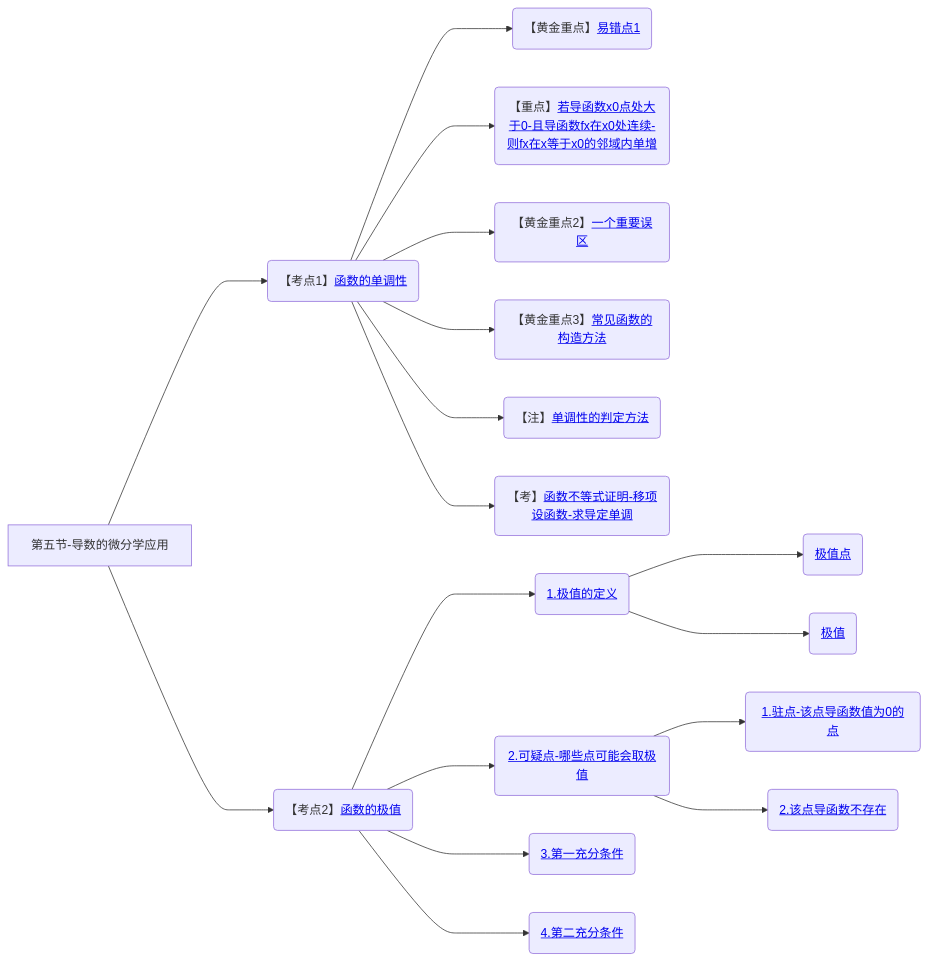
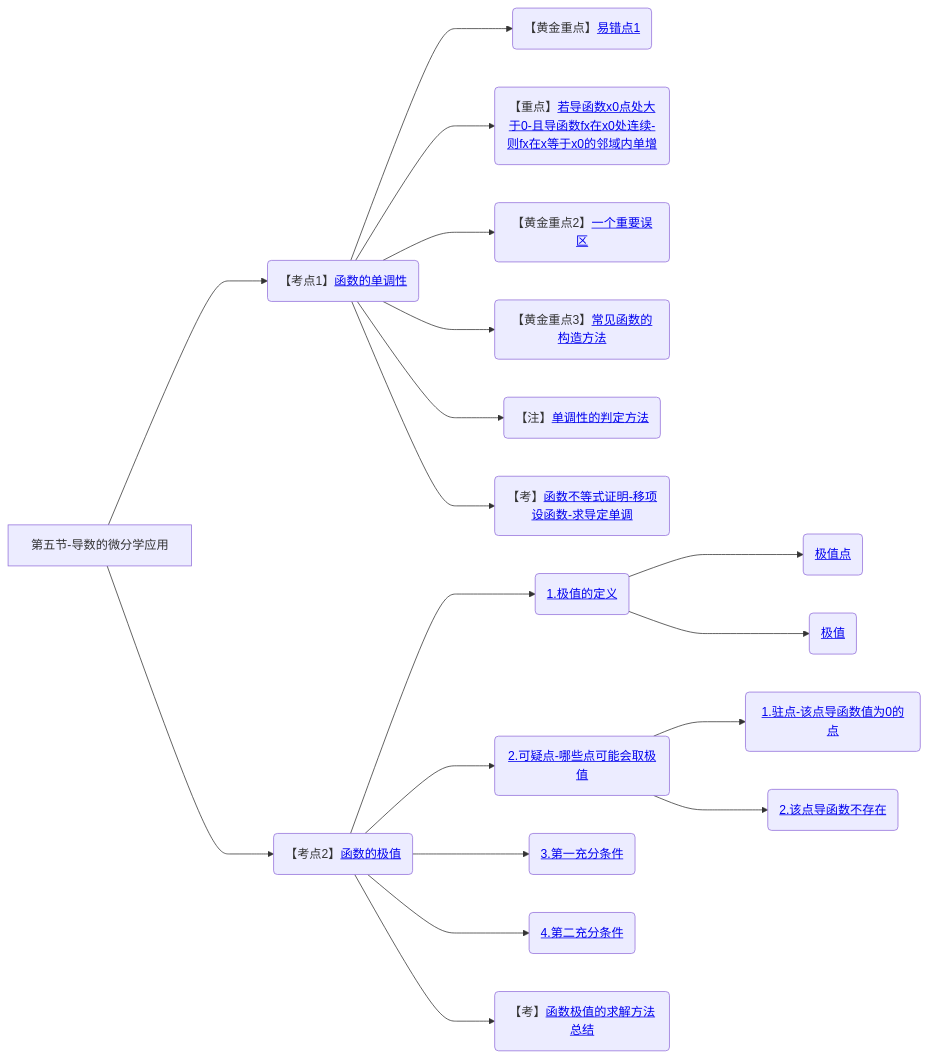
Before and after one commit to yuebinghui/note: diagram 15 of 15 in 笔记/数学/周洋鑫/01.基础班思维导图.md, drawn with Mermaid. The commit also changed 4 other files, not shown here.

````diff
--- a/笔记/数学/周洋鑫/01.基础班思维导图.md
+++ b/笔记/数学/周洋鑫/01.基础班思维导图.md
@@ -530,22 +530,23 @@
 ```mermaid
 graph LR
 第五节-导数的微分学应用
 
 第五节-导数的微分学应用--->函数的单调性(【考点1】<a href="/Users/yuebinghui/Documents/program/github/note/笔记/数学/周洋鑫/基础班/15.导数的微分学应用_1.md#函数的单调性">函数的单调性</>)
 函数的单调性--->易错点1(【黄金重点】<a href="/Users/yuebinghui/Documents/program/github/note/笔记/数学/周洋鑫/基础班/15.导数的微分学应用_1.md#易错点1">易错点1</>)
 函数的单调性--->若导函数x0点处大于0-且导函数fx在x0处连续-则fx在x等于x0的邻域内单增(【重点】<a href="/Users/yuebinghui/Documents/program/github/note/笔记/数学/周洋鑫/基础班/15.导数的微分学应用_1.md#若导函数x0点处大于0-且导函数fx在x0处连续-则fx在x等于x0的邻域内单增">若导函数x0点处大于0-且导函数fx在x0处连续-则fx在x等于x0的邻域内单增</>)
 函数的单调性--->一个重要误区(【黄金重点2】<a href="/Users/yuebinghui/Documents/program/github/note/笔记/数学/周洋鑫/基础班/15.导数的微分学应用_1.md#一个重要误区">一个重要误区</>)
 函数的单调性--->常见函数的构造方法(【黄金重点3】<a href="/Users/yuebinghui/Documents/program/github/note/笔记/数学/周洋鑫/基础班/15.导数的微分学应用_1.md#常见函数的构造方法">常见函数的构造方法</>)
 函数的单调性--->单调性的判定方法(【注】<a href="/Users/yuebinghui/Documents/program/github/note/笔记/数学/周洋鑫/基础班/15.导数的微分学应用_1.md#单调性的判定方法">单调性的判定方法</>)
 函数的单调性--->函数不等式证明-移项设函数-求导定单调(【考】<a href="/Users/yuebinghui/Documents/program/github/note/笔记/数学/周洋鑫/基础班/15.导数的微分学应用_1.md#函数不等式证明-移项设函数-求导定单调">函数不等式证明-移项设函数-求导定单调</>)
 
 第五节-导数的微分学应用--->函数的极值(【考点2】<a href="/Users/yuebinghui/Documents/program/github/note/笔记/数学/周洋鑫/基础班/16.导数的微分学应用_2.md#函数的极值">函数的极值</>)
 函数的极值--->1.极值的定义(<a href="/Users/yuebinghui/Documents/program/github/note/笔记/数学/周洋鑫/基础班/16.导数的微分学应用_2.md#1.极值的定义">1.极值的定义</>)
 1.极值的定义--->极值点(<a href="/Users/yuebinghui/Documents/program/github/note/笔记/数学/周洋鑫/基础班/16.导数的微分学应用_2.md#极值点">极值点</>)
 1.极值的定义--->极值(<a href="/Users/yuebinghui/Documents/program/github/note/笔记/数学/周洋鑫/基础班/16.导数的微分学应用_2.md#极值">极值</>)
 函数的极值--->2.可疑点-哪些点可能会取极值(<a href="/Users/yuebinghui/Documents/program/github/note/笔记/数学/周洋鑫/基础班/16.导数的微分学应用_2.md#2.可疑点-哪些点可能会取极值">2.可疑点-哪些点可能会取极值</>)
 2.可疑点-哪些点可能会取极值--->1.驻点-该点导函数值为0的点(<a href="/Users/yuebinghui/Documents/program/github/note/笔记/数学/周洋鑫/基础班/16.导数的微分学应用_2.md#1.驻点-该点导函数值为0的点">1.驻点-该点导函数值为0的点</>)
 2.可疑点-哪些点可能会取极值--->2.该点导函数不存在(<a href="/Users/yuebinghui/Documents/program/github/note/笔记/数学/周洋鑫/基础班/16.导数的微分学应用_2.md#2.该点导函数不存在">2.该点导函数不存在</>)
 函数的极值--->3.第一充分条件(<a href="/Users/yuebinghui/Documents/program/github/note/笔记/数学/周洋鑫/基础班/16.导数的微分学应用_2.md#3.第一充分条件">3.第一充分条件</>)
 函数的极值--->4.第二充分条件(<a href="/Users/yuebinghui/Documents/program/github/note/笔记/数学/周洋鑫/基础班/16.导数的微分学应用_2.md#4.第二充分条件">4.第二充分条件</>)
+函数的极值--->函数极值的求解方法总结(【考】<a href="/Users/yuebinghui/Documents/program/github/note/笔记/数学/周洋鑫/基础班/16.导数的微分学应用_2.md#函数极值的求解方法总结">函数极值的求解方法总结</>)
 ```
````
